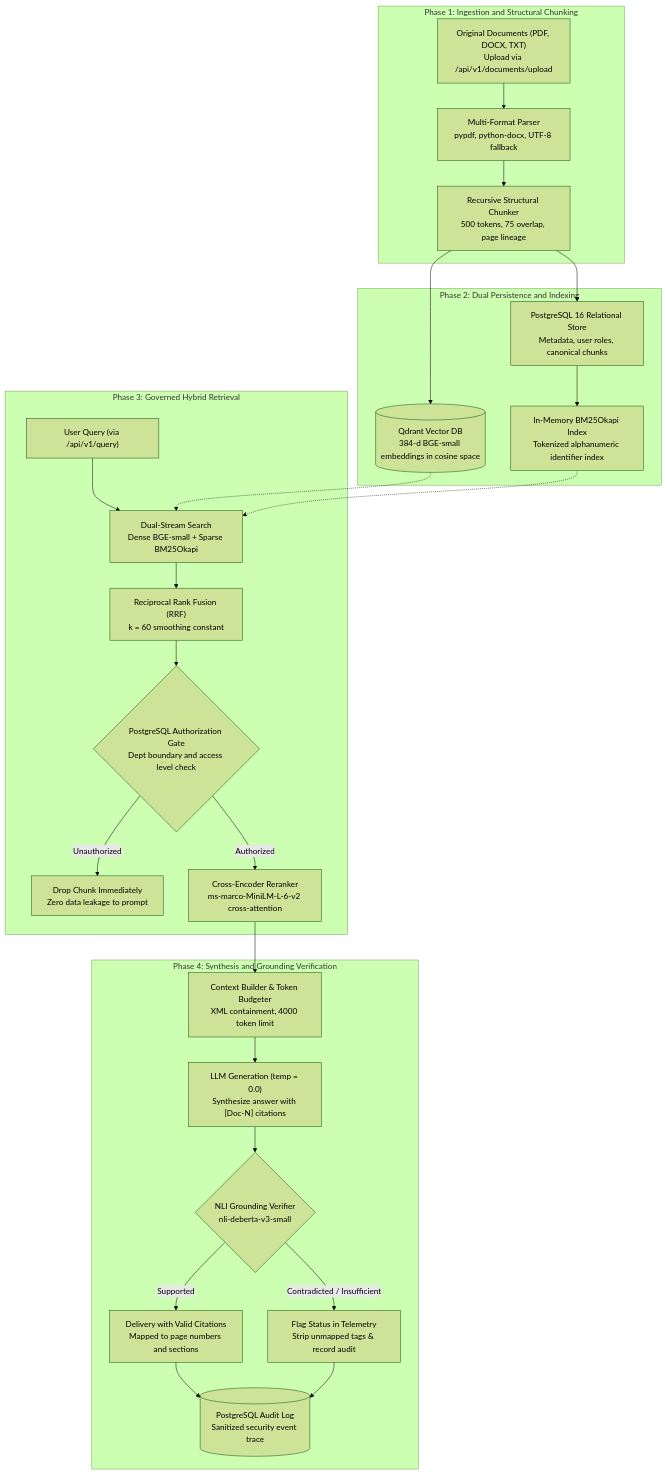
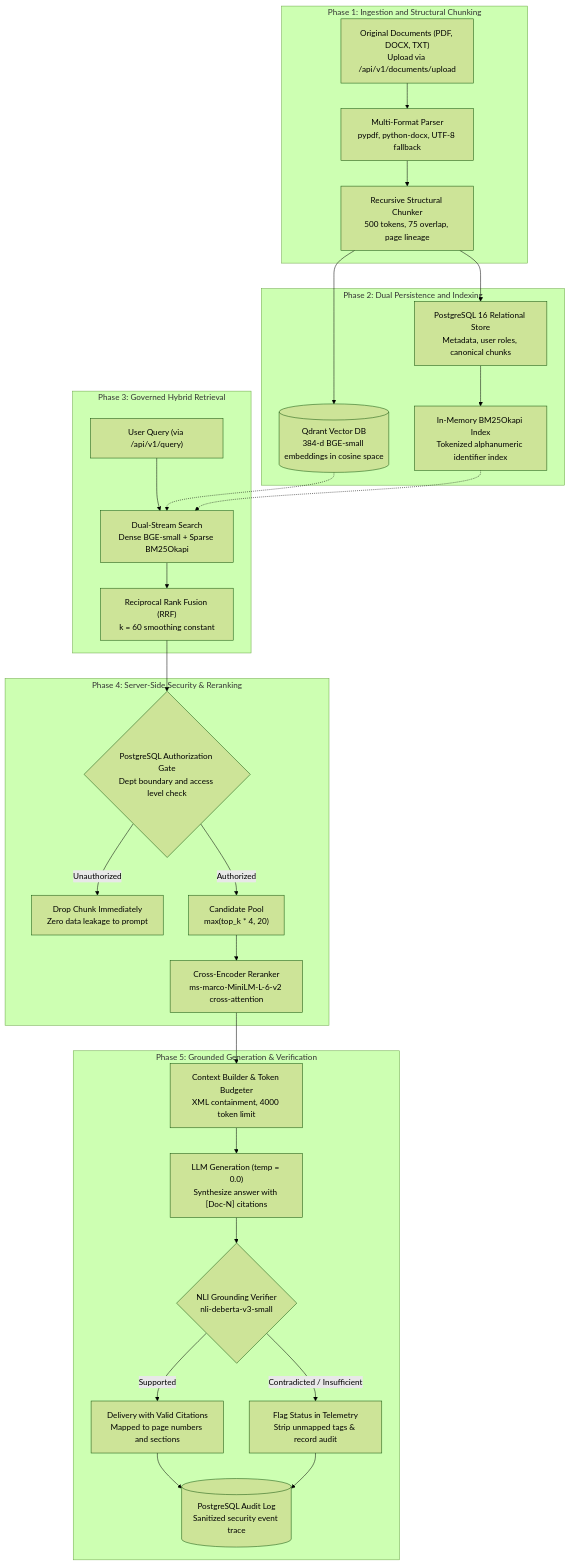
One commit to Jslxh/clario changed the diagram in README.md. Above: the diagram before and after it, drawn with Mermaid (forest theme). The commit also changed other lines of this file, not shown here.

````diff
--- a/README.md
+++ b/README.md
@@ -19,34 +22,38 @@
 ```mermaid
 flowchart TD
     subgraph INGESTION ["Phase 1: Ingestion and Structural Chunking"]
         A["Original Documents (PDF, DOCX, TXT)<br/>Upload via /api/v1/documents/upload"] --> B["Multi-Format Parser<br/>pypdf, python-docx, UTF-8 fallback"]
         B --> C["Recursive Structural Chunker<br/>500 tokens, 75 overlap, page lineage"]
     end
 
     subgraph INDEXING ["Phase 2: Dual Persistence and Indexing"]
         C --> D["PostgreSQL 16 Relational Store<br/>Metadata, user roles, canonical chunks"]
         C --> E[("Qdrant Vector DB<br/>384-d BGE-small embeddings in cosine space")]
         D --> F["In-Memory BM25Okapi Index<br/>Tokenized alphanumeric identifier index"]
     end
 
     subgraph RETRIEVAL ["Phase 3: Governed Hybrid Retrieval"]
         G["User Query (via /api/v1/query)"] --> H["Dual-Stream Search<br/>Dense BGE-small + Sparse BM25Okapi"]
         H --> I["Reciprocal Rank Fusion (RRF)<br/>k = 60 smoothing constant"]
+    end
+
+    subgraph SECURITY ["Phase 4: Server-Side Security & Reranking"]
         I --> J{"PostgreSQL Authorization Gate<br/>Dept boundary and access level check"}
         J -- "Unauthorized" --> K["Drop Chunk Immediately<br/>Zero data leakage to prompt"]
-        J -- "Authorized" --> L["Cross-Encoder Reranker<br/>ms-marco-MiniLM-L-6-v2 cross-attention"]
+        J -- "Authorized" --> L["Candidate Pool<br/>max(top_k * 4, 20)"]
+        L --> M["Cross-Encoder Reranker<br/>ms-marco-MiniLM-L-6-v2 cross-attention"]
     end
 
-    subgraph GENERATION ["Phase 4: Synthesis and Grounding Verification"]
-        L --> M["Context Builder & Token Budgeter<br/>XML containment, 4000 token limit"]
-        M --> N["LLM Generation (temp = 0.0)<br/>Synthesize answer with [Doc-N] citations"]
-        N --> O{"NLI Grounding Verifier<br/>nli-deberta-v3-small"}
-        O -- "Supported" --> P["Delivery with Valid Citations<br/>Mapped to page numbers and sections"]
-        O -- "Contradicted / Insufficient" --> Q["Flag Status in Telemetry<br/>Strip unmapped tags & record audit"]
-        P --> R[("PostgreSQL Audit Log<br/>Sanitized security event trace")]
-        Q --> R
+    subgraph GENERATION ["Phase 5: Grounded Generation & Verification"]
+        M --> N["Context Builder & Token Budgeter<br/>XML containment, 4000 token limit"]
+        N --> O["LLM Generation (temp = 0.0)<br/>Synthesize answer with [Doc-N] citations"]
+        O --> P{"NLI Grounding Verifier<br/>nli-deberta-v3-small"}
+        P -- "Supported" --> Q["Delivery with Valid Citations<br/>Mapped to page numbers and sections"]
+        P -- "Contradicted / Insufficient" --> R["Flag Status in Telemetry<br/>Strip unmapped tags & record audit"]
+        Q --> S[("PostgreSQL Audit Log<br/>Sanitized security event trace")]
+        R --> S
     end
 
     E -.-> H
     F -.-> H
 ```
````
